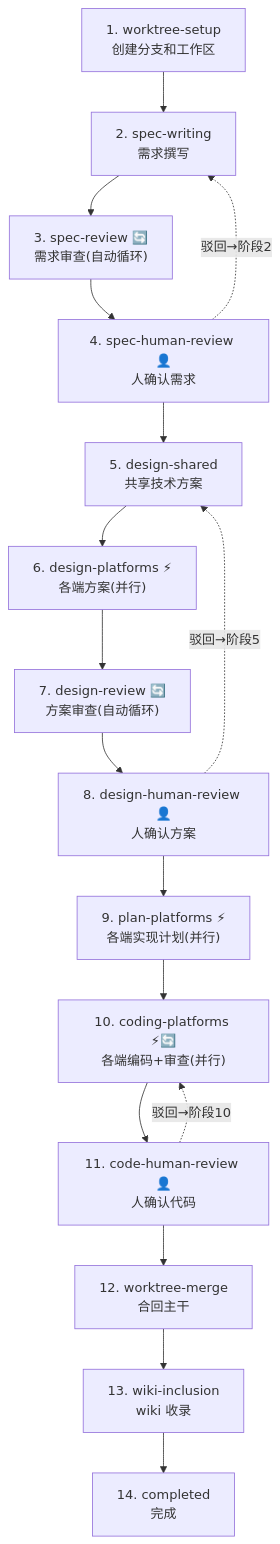
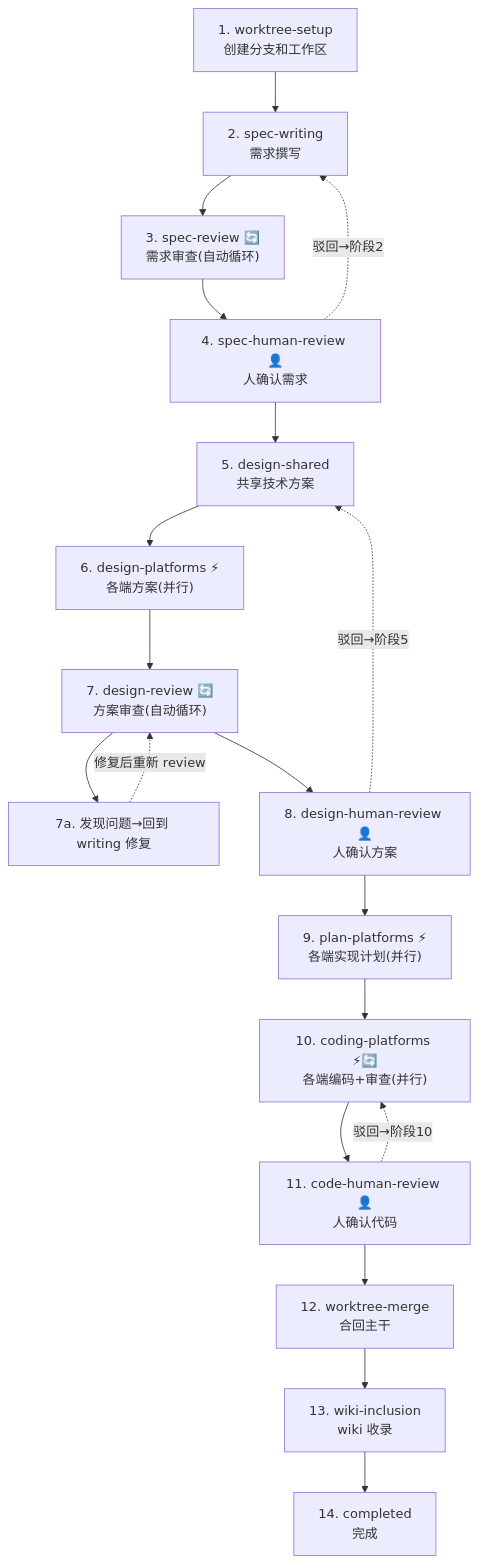
Before and after one commit to djs66256/fork-any-application: the diagram in .claude/skills/feature-workflow/SKILL.md, drawn with Mermaid. The commit also changed other lines of this file and 15 other files, not shown here.

````diff
--- a/.claude/skills/feature-workflow/SKILL.md
+++ b/.claude/skills/feature-workflow/SKILL.md
@@ -46,20 +46,22 @@
 ```mermaid
 flowchart TD
     A["1. worktree-setup<br/>创建分支和工作区"] --> B["2. spec-writing<br/>需求撰写"]
     B --> C["3. spec-review 🔄<br/>需求审查(自动循环)"]
     C --> D["4. spec-human-review 👤<br/>人确认需求"]
     D --> E["5. design-shared<br/>共享技术方案"]
     E --> F["6. design-platforms ⚡<br/>各端方案(并行)"]
     F --> G["7. design-review 🔄<br/>方案审查(自动循环)"]
+    G --> G1["7a. 发现问题→回到 writing 修复"]
+    G1 -. "修复后重新 review" .-> G
     G --> H["8. design-human-review 👤<br/>人确认方案"]
     H --> I["9. plan-platforms ⚡<br/>各端实现计划(并行)"]
     I --> J["10. coding-platforms ⚡🔄<br/>各端编码+审查(并行)"]
     J --> K["11. code-human-review 👤<br/>人确认代码"]
     K --> L["12. worktree-merge<br/>合回主干"]
     L --> M["13. wiki-inclusion<br/>wiki 收录"]
     M --> N["14. completed<br/>完成"]
 
     D -. "驳回→阶段2" .-> B
     H -. "驳回→阶段5" .-> E
     K -. "驳回→阶段10" .-> J
 ```
````
